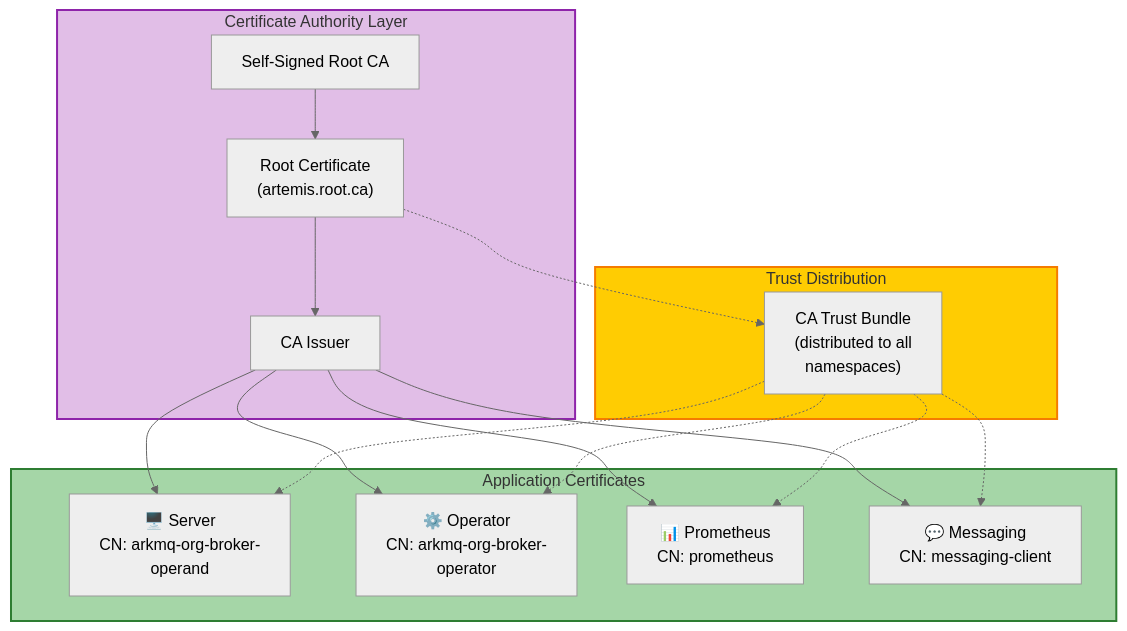
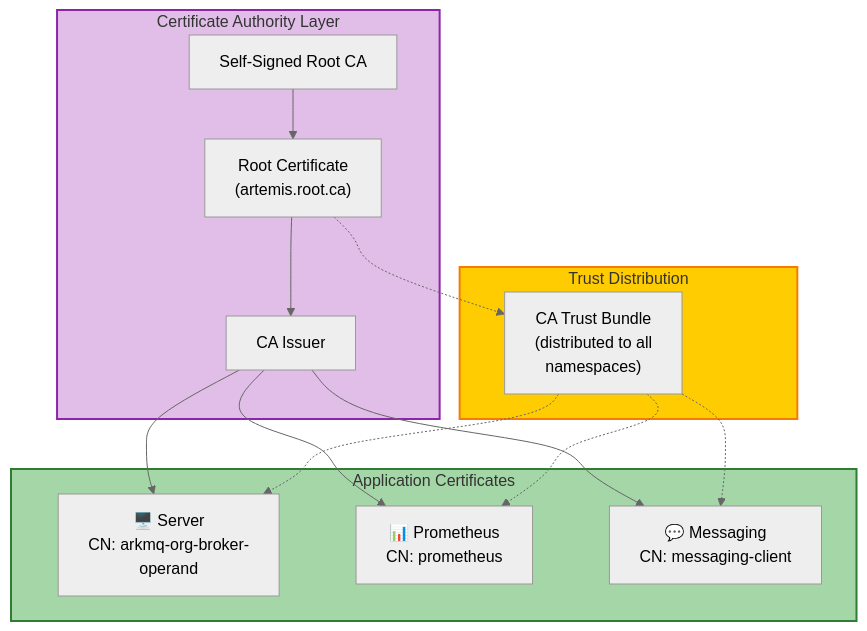
The first of 2 diagrams in docs/tutorials/prometheus_locked_down.md (arkmq-org/arkmq-org-broker-operator), drawn with Mermaid (neutral theme) before and after one commit. The commit also changed other lines of this file and 28 other files, not shown here.

````diff
--- a/docs/tutorials/prometheus_locked_down.md
+++ b/docs/tutorials/prometheus_locked_down.md
@@ -68,36 +68,33 @@
 ```mermaid
 graph TB
     subgraph ca_layer ["Certificate Authority Layer"]
         SelfSigned["Self-Signed Root CA"]
         RootCA["Root Certificate<br />(artemis.root.ca)"]
         CAIssuer["CA Issuer"]
     end
 
     subgraph cert_layer ["Application Certificates"]
         ServerCert["🖥️ Server<br />CN: arkmq-org-broker-<br />operand"]
-        OperatorCert["⚙️ Operator<br />CN: arkmq-org-broker-<br />operator"]
         PrometheusCert["📊 Prometheus<br />CN: prometheus"]
         MessagingCert["💬 Messaging<br />CN: messaging-client"]
     end
 
     subgraph trust_layer ["Trust Distribution"]
         TrustBundle["CA Trust Bundle<br />(distributed to all<br />namespaces)"]
     end
 
     SelfSigned --> RootCA
     RootCA --> CAIssuer
     CAIssuer --> ServerCert
-    CAIssuer --> OperatorCert
     CAIssuer --> PrometheusCert
     CAIssuer --> MessagingCert
 
     RootCA -.-> TrustBundle
     TrustBundle -.-> ServerCert
-    TrustBundle -.-> OperatorCert
     TrustBundle -.-> PrometheusCert
     TrustBundle -.-> MessagingCert
 
     style ca_layer fill:#e1bee7,stroke:#8e24aa,stroke-width:2px
     style cert_layer fill:#a5d6a7,stroke:#2e7d32,stroke-width:2px
     style trust_layer fill:#ffcc02,stroke:#f57c00,stroke-width:2px
 ```
````
